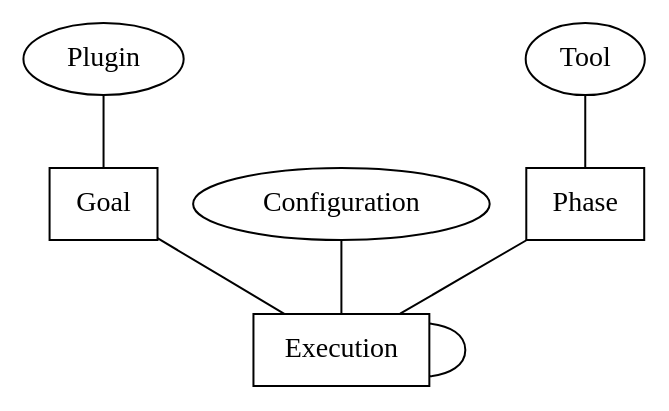
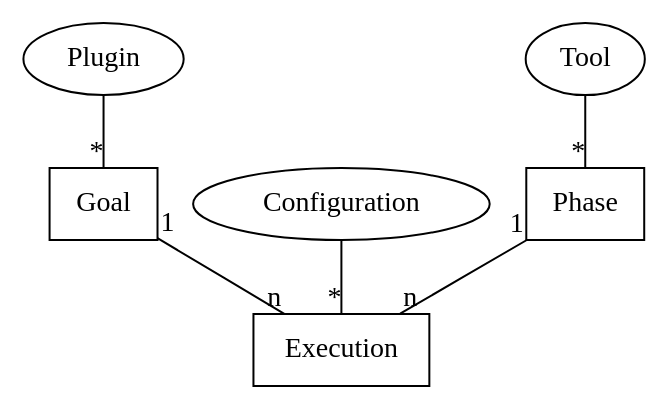
Before and after one commit to ppenzin/junta: the diagram in doc/src/graph/configuration.dot, drawn with Graphviz. The commit also changed 1 other file, not shown here.

Commit message:
added some edge labels

```diff
--- a/doc/src/graph/configuration.dot
+++ b/doc/src/graph/configuration.dot
@@ -1,11 +1,13 @@
 graph G {
+  // TODO add one-to-many relationship markings
+  edge [headlabel = "*"]
   subgraph targets {
+    edge [taillabel = "1", headlabel = "n"]
     node[shape=record]
     Phase -- Execution
     Goal  -- Execution
-    Execution -- Execution
   }
   Tool -- Phase
   Plugin -- Goal
   Configuration -- Execution
 }
```
